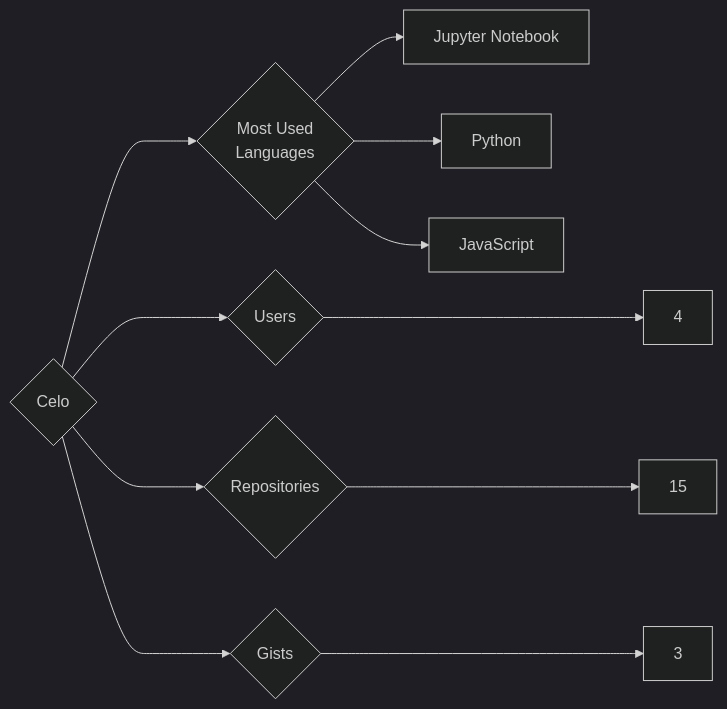
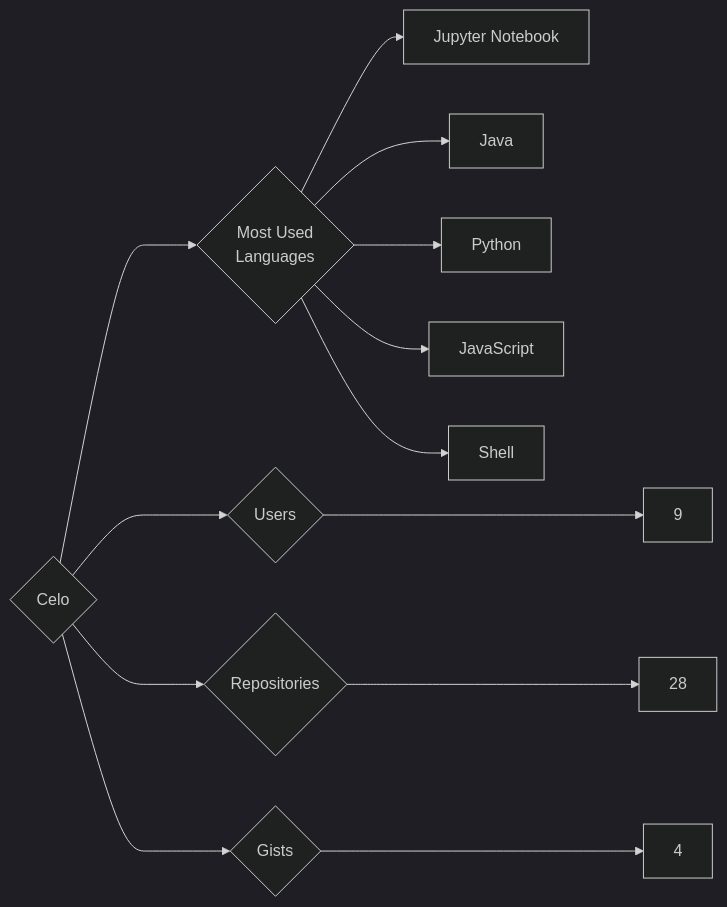
One commit to trickest/insiders changed the diagram in targets/Celo/README.md. Above: the diagram before and after it, drawn with Mermaid (dark theme). The commit also changed 752 other files, not shown here.

````diff
--- a/targets/Celo/README.md
+++ b/targets/Celo/README.md
@@ -3,11 +3,13 @@
 ```mermaid
 graph LR
 COMPANY_NAME{Celo}
-COMPANY_NAME ---> U{Users} ---> UN[4]
-COMPANY_NAME ---> R{Repositories} ---> RN[15]
-COMPANY_NAME ---> G{Gists} ---> GN[3]
+COMPANY_NAME ---> U{Users} ---> UN[9]
+COMPANY_NAME ---> R{Repositories} ---> RN[28]
+COMPANY_NAME ---> G{Gists} ---> GN[4]
 COMPANY_NAME ---> ML{Most Used<br>Languages}
 ML --> Jupyter_Notebook[Jupyter Notebook]
+ML --> Java[Java]
 ML --> Python[Python]
 ML --> JavaScript[JavaScript]
+ML --> Shell[Shell]
 ```
````
